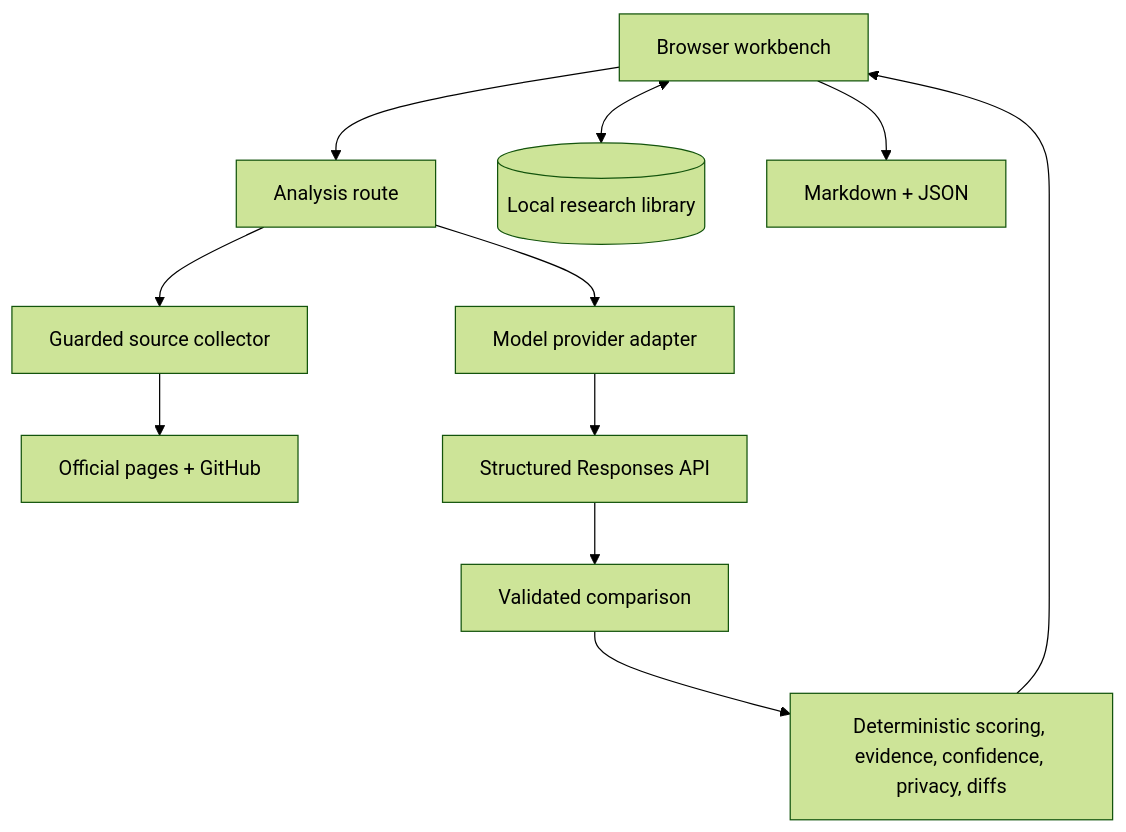
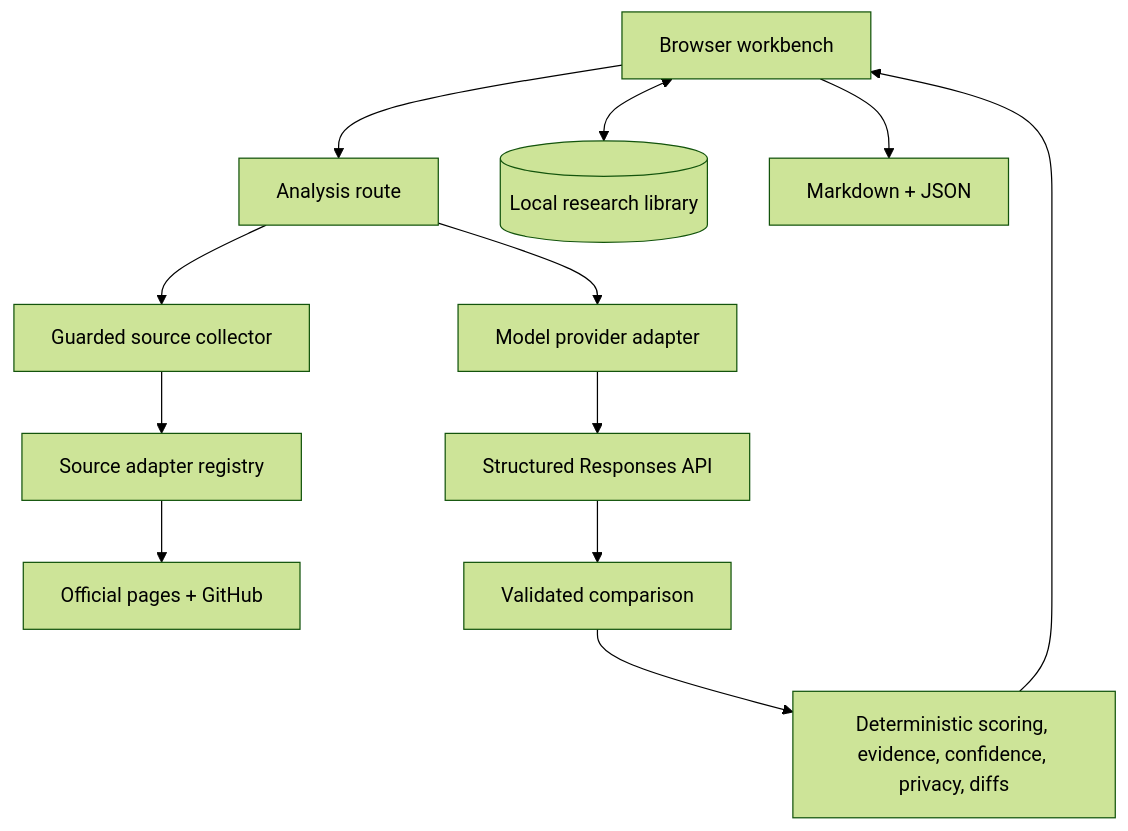
One commit to wp043/fitlens changed the second of 2 diagrams in README.md. Above: the diagram before and after it, drawn with Mermaid (forest theme). The commit also changed other lines of this file and 8 other files, not shown here.

````diff
--- a/README.md
+++ b/README.md
@@ -198,13 +199,14 @@
 ```mermaid
 flowchart TB
     UI[Browser workbench] --> API[Analysis route]
     API --> SRC[Guarded source collector]
     API --> MODEL[Model provider adapter]
-    SRC --> WEB[Official pages + GitHub]
+    SRC --> ADAPTERS[Source adapter registry]
+    ADAPTERS --> WEB[Official pages + GitHub]
     MODEL --> RESP[Structured Responses API]
     RESP --> DOMAIN[Validated comparison]
     DOMAIN --> DET[Deterministic scoring, evidence, confidence, privacy, diffs]
     DET --> UI
     UI <--> LOCAL[(Local research library)]
     UI --> FILES[Markdown + JSON]
 ```
````
